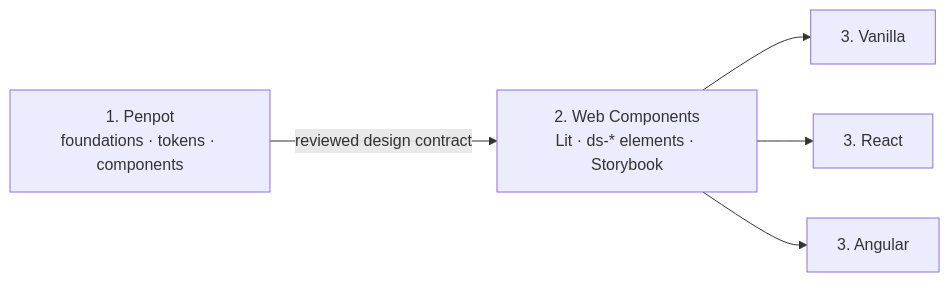
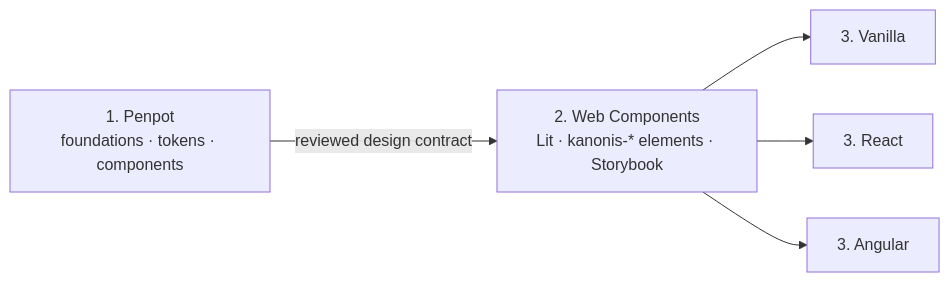
The diagram in README.md (Endeavoury/Kanonis), drawn with Mermaid before and after one commit. The commit also changed other lines of this file and 100 other files, not shown here.

Commit message:
breaking: rename custom elements to kanonis prefix

````diff
--- a/README.md
+++ b/README.md
@@ -29,13 +29,13 @@
 ```mermaid
 flowchart LR
   penpot["1. Penpot\nfoundations · tokens · components"]
-  webcomponents["2. Web Components\nLit · ds-* elements · Storybook"]
+  webcomponents["2. Web Components\nLit · kanonis-* elements · Storybook"]
   vanilla["3. Vanilla"]
   react["3. React"]
   angular["3. Angular"]
 
   penpot -->|"reviewed design contract"| webcomponents
   webcomponents --> vanilla
   webcomponents --> react
   webcomponents --> angular
 ```
````
